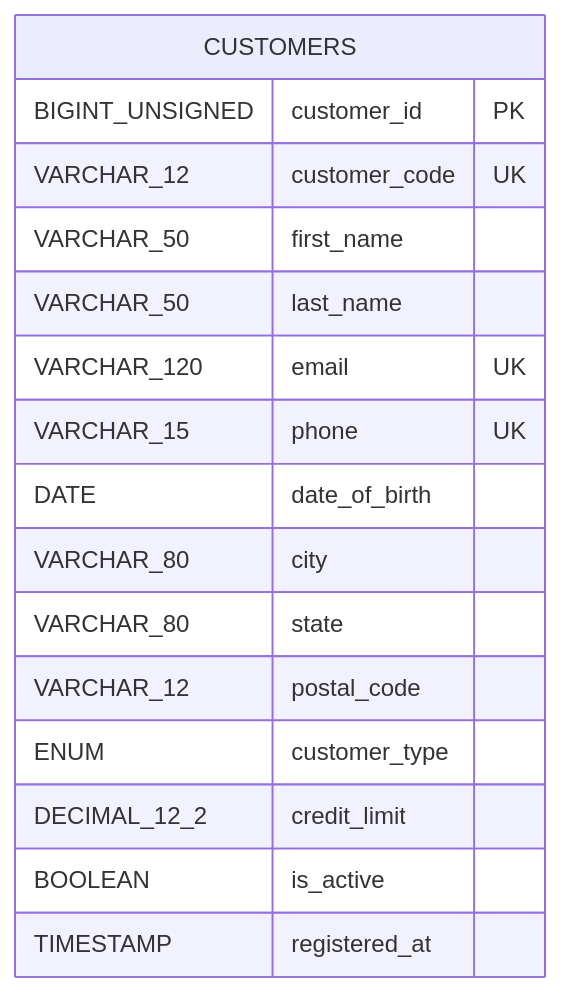
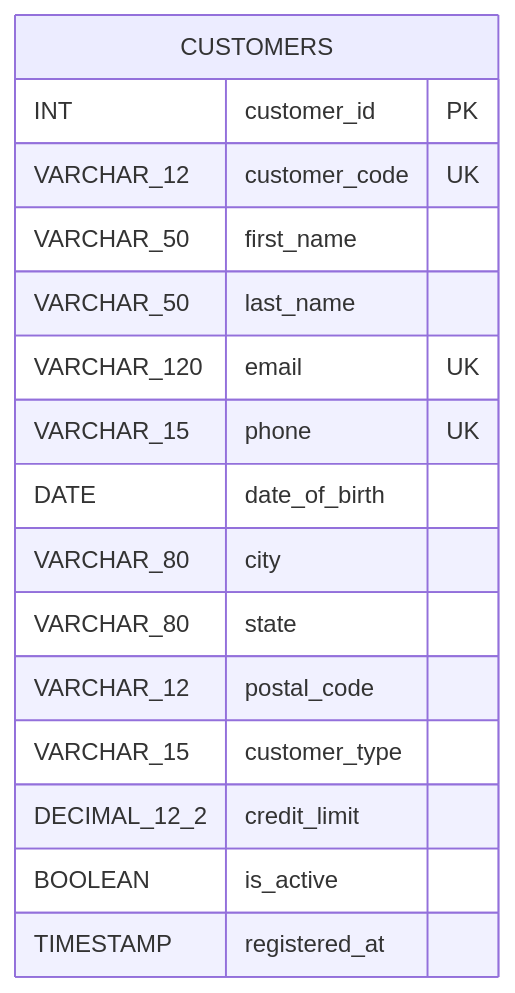
Before and after one commit to arvind-codegnan/cdg-hyd-jfs-058: the sixth of 20 diagrams in sql-exercises-part-1.md, drawn with Mermaid. The commit also changed other lines of this file, not shown here.

````diff
--- a/sql-exercises-part-1.md
+++ b/sql-exercises-part-1.md
@@ -230,19 +228,19 @@
 ```mermaid
 erDiagram
     CUSTOMERS {
-        BIGINT_UNSIGNED customer_id PK
+        INT customer_id PK
         VARCHAR_12 customer_code UK
         VARCHAR_50 first_name
         VARCHAR_50 last_name
         VARCHAR_120 email UK
         VARCHAR_15 phone UK
         DATE date_of_birth
         VARCHAR_80 city
         VARCHAR_80 state
         VARCHAR_12 postal_code
-        ENUM customer_type
+        VARCHAR_15 customer_type
         DECIMAL_12_2 credit_limit
         BOOLEAN is_active
         TIMESTAMP registered_at
     }
 ```
````
